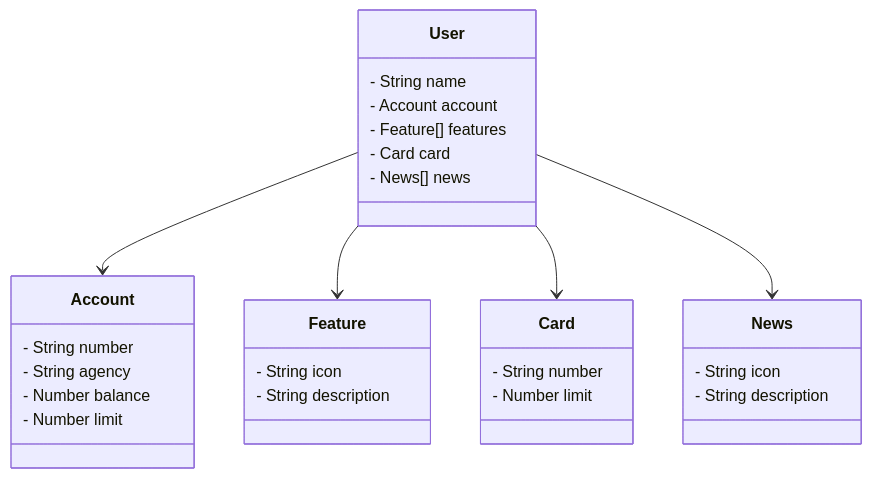
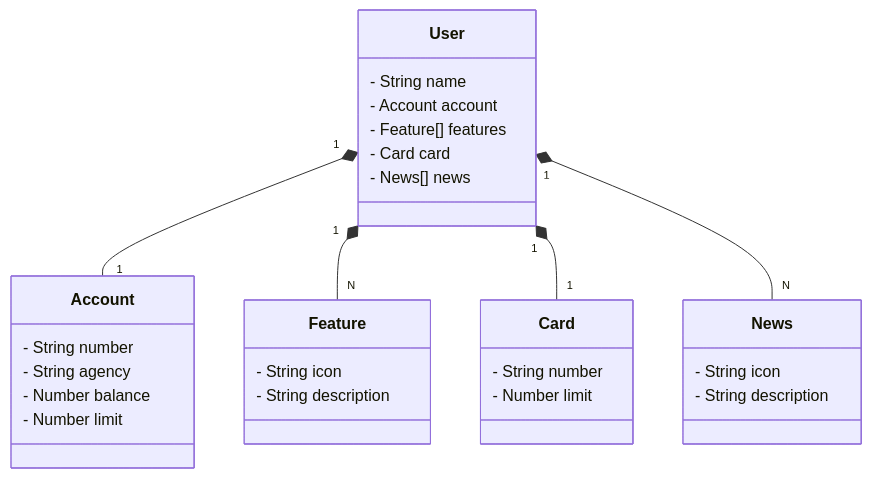
Before and after one commit to MateusAntony/Santander-dev-week: the diagram in README.md, drawn with Mermaid.

````diff
--- a/README.md
+++ b/README.md
@@ -7,37 +7,37 @@
 ```mermaid
 classDiagram
     class User {
         - String name
         - Account account
         - Feature[] features
         - Card card
         - News[] news
     }
     
     class Account {
         - String number
         - String agency
         - Number balance
         - Number limit
     }
 
     class Feature {
         - String icon
         - String description
     }
 
     class Card {
         - String number
         - Number limit
     }
 
     class News {
         - String icon
         - String description
     }
 
-    User -->  Account  
-    User -->  Feature 
-    User -->  Card 
-    User -->  News 
+    User "1" *-- "1" Account  
+    User "1" *-- "N" Feature 
+    User "1" *-- "1"  Card 
+    User "1" *-- "N" News 
 ```
````
